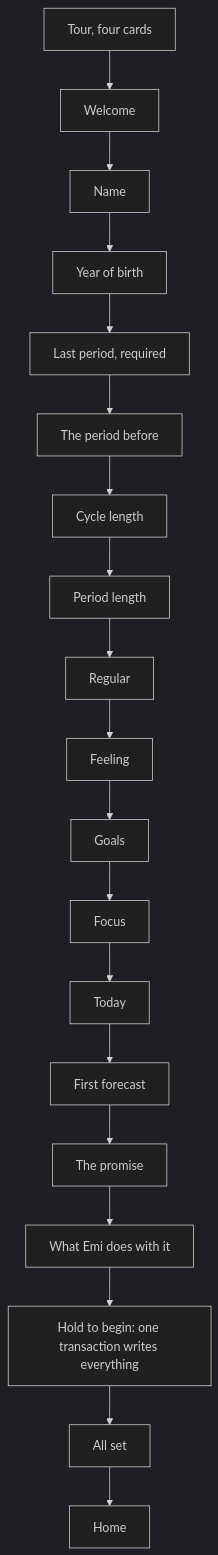
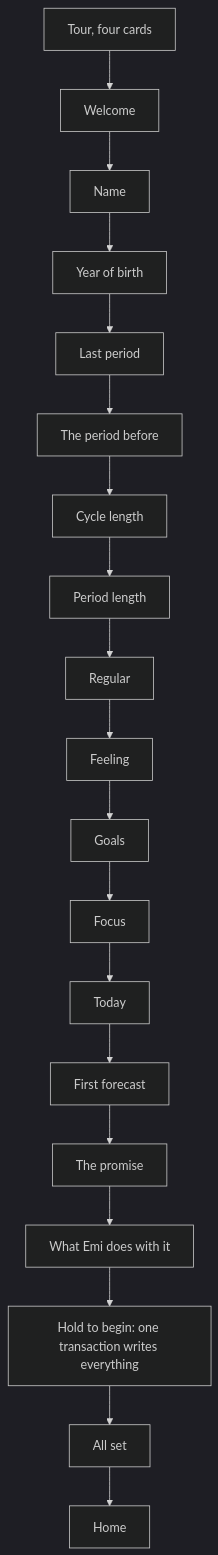
One commit to atlantic-blue/emi changed the first of 2 diagrams in docs/design/first-run.md. Above: the diagram before and after it, drawn with Mermaid (dark theme). The commit also changed other lines of this file and 8 other files, not shown here.

Commit message:
EMI: feat: the last period question offers a way past

````diff
--- a/docs/design/first-run.md
+++ b/docs/design/first-run.md
@@ -35,21 +35,21 @@
 ```mermaid
 flowchart TD
   T["Tour, four cards"] --> W["Welcome"]
   W --> N["Name"]
   N --> BY["Year of birth"]
-  BY --> LP["Last period, required"]
+  BY --> LP["Last period"]
   LP --> PB["The period before"]
   PB --> CL["Cycle length"]
   CL --> PL["Period length"]
   PL --> R["Regular"]
   R --> F["Feeling"]
   F --> G["Goals"]
   G --> FO["Focus"]
   FO --> TD["Today"]
   TD --> FF["First forecast"]
   FF --> P["The promise"]
   P --> WG["What Emi does with it"]
   WG --> H["Hold to begin: one transaction writes everything"]
   H --> AS["All set"]
   AS --> HOME["Home"]
 ```
````
